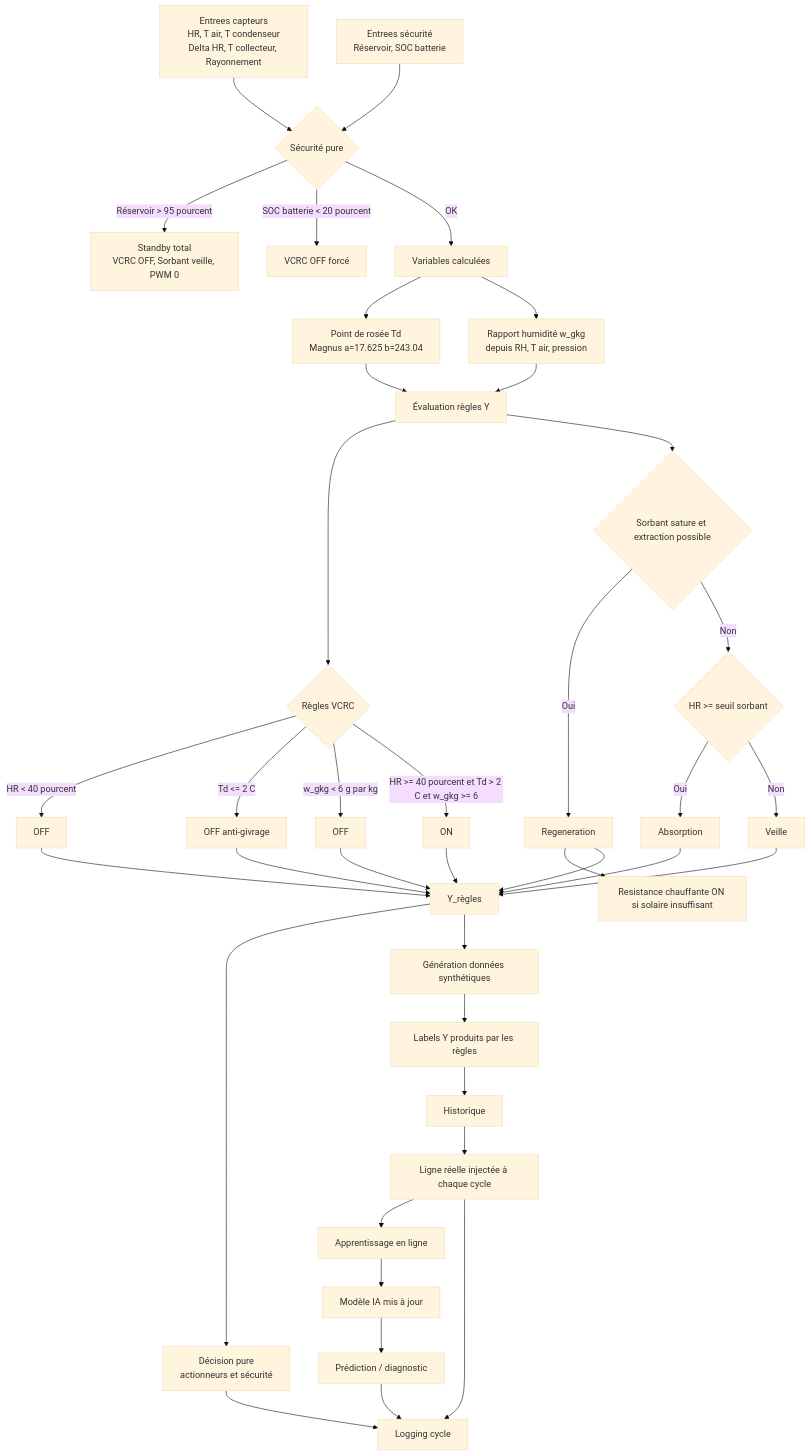
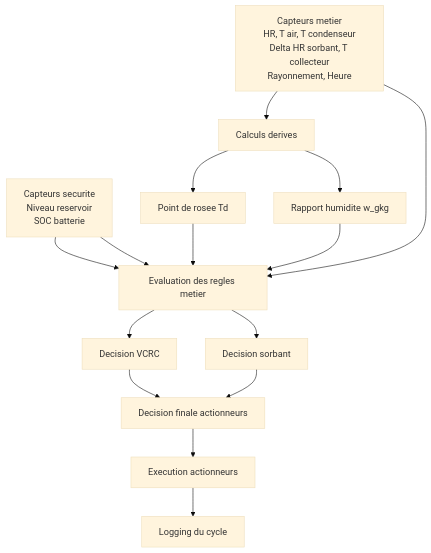
The first of 8 diagrams in docs/BUSINESS_RULES_DIAGRAM.md (Appolinairee/aqua-atmos-ai), drawn with Mermaid (base theme) before and after one commit. The commit also changed other lines of this file and 17 other files, not shown here.

````diff
--- a/docs/BUSINESS_RULES_DIAGRAM.md
+++ b/docs/BUSINESS_RULES_DIAGRAM.md
@@ -3,53 +5,22 @@
 ```mermaid
 flowchart TD
-    A[Entrees capteurs<br/>HR, T air, T condenseur<br/>Delta HR, T collecteur, Rayonnement] --> S{Sécurité pure}
-    A2[Entrees sécurité<br/>Réservoir, SOC batterie] --> S
+    A[Capteurs metier<br/>HR, T air, T condenseur<br/>Delta HR sorbant, T collecteur<br/>Rayonnement, Heure] --> B[Calculs derives]
+    A2[Capteurs securite<br/>Niveau reservoir<br/>SOC batterie] --> D[Evaluation des regles metier]
 
-    S -->|Réservoir > 95 pourcent| S1[Standby total<br/>VCRC OFF, Sorbant veille, PWM 0]
-    S -->|SOC batterie < 20 pourcent| S2[VCRC OFF forcé]
-    S -->|OK| B[Variables calculées]
+    B --> B1[Point de rosee Td]
+    B --> B2[Rapport humidite w_gkg]
 
-    B --> B1[Point de rosée Td<br/>Magnus a=17.625 b=243.04]
-    B --> B2[Rapport humidité w_gkg<br/>depuis RH, T air, pression]
+    B1 --> D
+    B2 --> D
+    A --> D
+    A2 --> D
 
-    B1 --> R[Évaluation règles Y]
-    B2 --> R
+    D --> V[Decision VCRC]
+    D --> M[Decision sorbant]
 
-    R --> V{Règles VCRC}
-    V -->|HR < 40 pourcent| V1[OFF]
-    V -->|Td <= 2 C| V2[OFF anti-givrage]
-    V -->|w_gkg < 6 g par kg| V3[OFF]
-    V -->|HR >= 40 pourcent et Td > 2 C et w_gkg >= 6| V4[ON]
+    V --> F[Decision finale actionneurs]
+    M --> F
 
-    R --> M{Sorbant sature et extraction possible}
-    M -->|Oui| M1[Regeneration]
-    M -->|Non| M2{HR >= seuil sorbant}
-
-    M2 -->|Oui| M3[Absorption]
-    M2 -->|Non| M4[Veille]
-
-    M1 --> H1[Resistance chauffante ON si solaire insuffisant]
-
-    V1 --> Y[Y_règles]
-    V2 --> Y
-    V3 --> Y
-    V4 --> Y
-    M1 --> Y
-    M3 --> Y
-    M4 --> Y
-
-    Y --> D[Décision pure<br/>actionneurs et sécurité]
-
-    Y --> G[Génération données synthétiques]
-    G --> G1[Labels Y produits par les règles]
-    G1 --> H[Historique]
-
-    H --> R1[Ligne réelle injectée à chaque cycle]
-    R1 --> L[Apprentissage en ligne]
-    L --> AI[Modèle IA mis à jour]
-
-    AI --> PRED[Prédiction / diagnostic]
-    PRED --> LOG[Logging cycle]
-    D --> LOG
-    R1 --> LOG
+    F --> G[Execution actionneurs]
+    G --> L[Logging du cycle]
 ```
````
